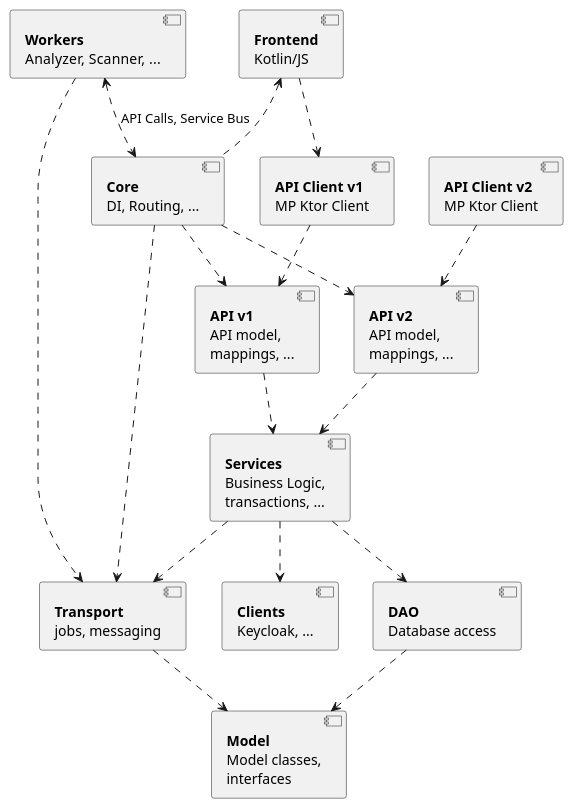
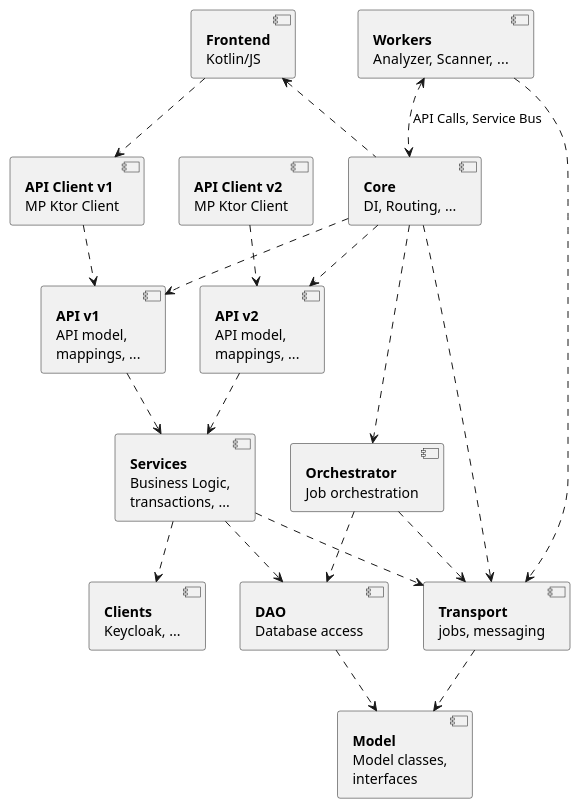
One commit to eclipse-apoapsis/ort-server changed the diagram in docs/architecture/gradle_modules.puml. Above: the diagram before and after it, drawn with PlantUML. The commit also changed 7 other files, not shown here.

```diff
--- a/docs/architecture/gradle_modules.puml
+++ b/docs/architecture/gradle_modules.puml
@@ -1,84 +1,92 @@
 @startuml
 
 component Core [
 <b>Core</b>
 DI, Routing, ...
 ]
 
 component Frontend [
 <b>Frontend</b>
 Kotlin/JS
 ]
 
 component ApiV1 [
 <b>API v1</b>
 API model,
 mappings, ...
 ]
 
 component ApiClientV1 [
 <b>API Client v1</b>
 MP Ktor Client
 ]
 
 component ApiV2 [
 <b>API v2</b>
 API model,
 mappings, ...
 ]
 
 component ApiClientV2 [
 <b>API Client v2</b>
 MP Ktor Client
 ]
 
 component Services [
 <b>Services</b>
 Business Logic,
 transactions, ...
 ]
 
 component Dao [
 <b>DAO</b>
 Database access
 ]
 
 component Model [
 <b>Model</b>
 Model classes,
 interfaces
 ]
 
 component Clients [
 <b>Clients</b>
 Keycloak, ...
 ]
 
+component Orchestrator [
+<b>Orchestrator</b>
+Job orchestration
+]
+
 component Workers [
 <b>Workers</b>
 Analyzer, Scanner, ...
 ]
 
 component Transport [
 <b>Transport</b>
 jobs, messaging
 ]
 
 Workers <..> Core : API Calls, Service Bus
 Frontend <.. Core
 Core ..> ApiV1
 Core ..> ApiV2
+Core ..> Orchestrator
 Frontend ..> ApiClientV1
 ApiClientV1 ..> ApiV1
 ApiClientV2 ..> ApiV2
 ApiV1 ..> Services
 ApiV2 ..> Services
 Services ..> Dao
 Services ..> Clients
 Dao ..> Model
+Orchestrator ..> Dao
+Orchestrator ..> Transport
 Core ..> Transport
 Workers ..> Transport
 Services ..> Transport
 Transport..>Model
 
 @enduml
```
